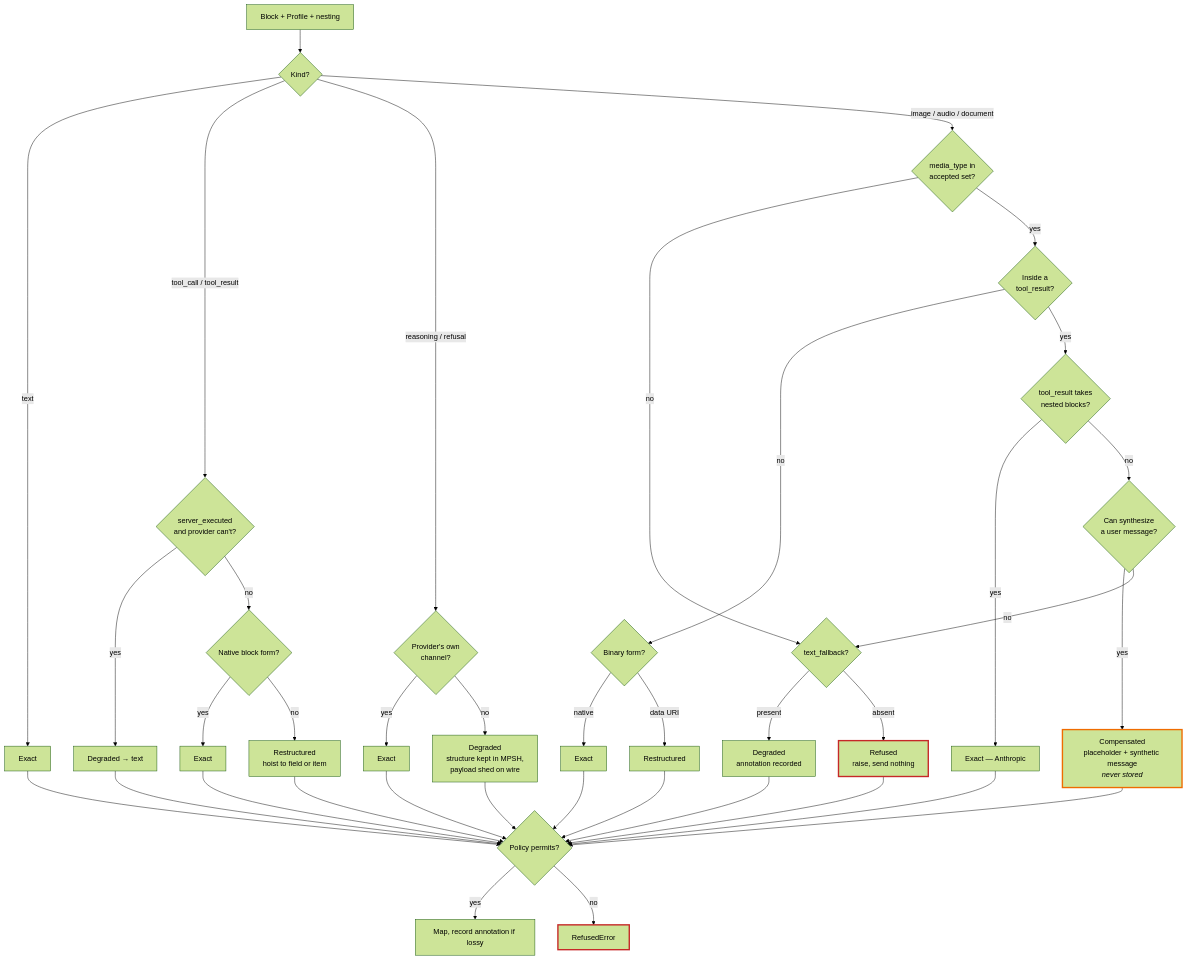
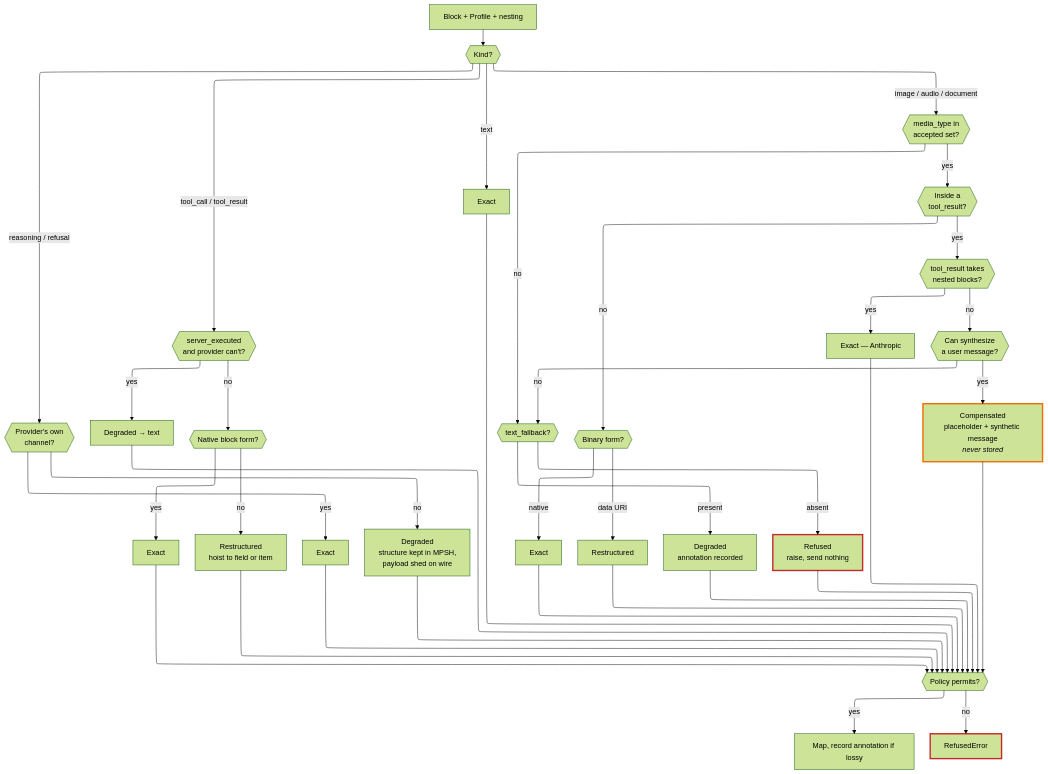
Before and after one commit to nogginly/elelem.cr: the second of 3 diagrams in DEVELOPMENT.md, drawn with Mermaid (forest theme). The commit also changed other lines of this file, not shown here.

````diff
--- a/DEVELOPMENT.md
+++ b/DEVELOPMENT.md
@@ -259,42 +259,46 @@
 ```mermaid
+---
+config:
+  layout: elk
+---
 flowchart TD
-    A["Block + Profile + nesting"] --> B{"Kind?"}
+    A["Block + Profile + nesting"] --> B{{"Kind?"}}
 
     B -->|text| X1["Exact"]
-    B -->|tool_call / tool_result| TC{"server_executed<br/>and provider can't?"}
-    B -->|reasoning / refusal| RR{"Provider's own<br/>channel?"}
-    B -->|image / audio / document| MT{"media_type in<br/>accepted set?"}
+    B -->|tool_call / tool_result| TC{{"server_executed<br/>and provider can't?"}}
+    B -->|reasoning / refusal| RR{{"Provider's own<br/>channel?"}}
+    B -->|image / audio / document| MT{{"media_type in<br/>accepted set?"}}
 
     TC -->|yes| X4a["Degraded → text"]
-    TC -->|no| TF{"Native block form?"}
+    TC -->|no| TF{{"Native block form?"}}
     TF -->|yes| X1b["Exact"]
     TF -->|no| X2["Restructured<br/>hoist to field or item"]
 
     RR -->|yes| X1c["Exact"]
     RR -->|no| X4b["Degraded<br/>structure kept in MPSH,<br/>payload shed on wire"]
 
-    MT -->|no| FB{"text_fallback?"}
-    MT -->|yes| NEST{"Inside a<br/>tool_result?"}
-    NEST -->|no| FORM{"Binary form?"}
-    NEST -->|yes| TRF{"tool_result takes<br/>nested blocks?"}
+    MT -->|no| FB{{"text_fallback?"}}
+    MT -->|yes| NEST{{"Inside a<br/>tool_result?"}}
+    NEST -->|no| FORM{{"Binary form?"}}
+    NEST -->|yes| TRF{{"tool_result takes<br/>nested blocks?"}}
 
     FORM -->|native| X1d["Exact"]
     FORM -->|data URI| X2b["Restructured"]
 
     TRF -->|yes| X1e["Exact — Anthropic"]
-    TRF -->|no| SYN{"Can synthesize<br/>a user message?"}
+    TRF -->|no| SYN{{"Can synthesize<br/>a user message?"}}
     SYN -->|yes| X3["Compensated<br/>placeholder + synthetic message<br/><i>never stored</i>"]
     SYN -->|no| FB
 
     FB -->|present| X4c["Degraded<br/>annotation recorded"]
     FB -->|absent| X5["Refused<br/>raise, send nothing"]
 
-    X1 & X1b & X1c & X1d & X1e & X2 & X2b & X3 & X4a & X4b & X4c & X5 --> POL{"Policy permits?"}
+    X1 & X1b & X1c & X1d & X1e & X2 & X2b & X3 & X4a & X4b & X4c & X5 --> POL{{"Policy permits?"}}
     POL -->|yes| OUT["Map, record annotation if lossy"]
     POL -->|no| ERR["RefusedError"]
 
     classDef compensated stroke:#ef6c00,stroke-width:3px
     classDef refused stroke:#c62828,stroke-width:3px
     class X3 compensated
     class X5,ERR refused
 ```
````
